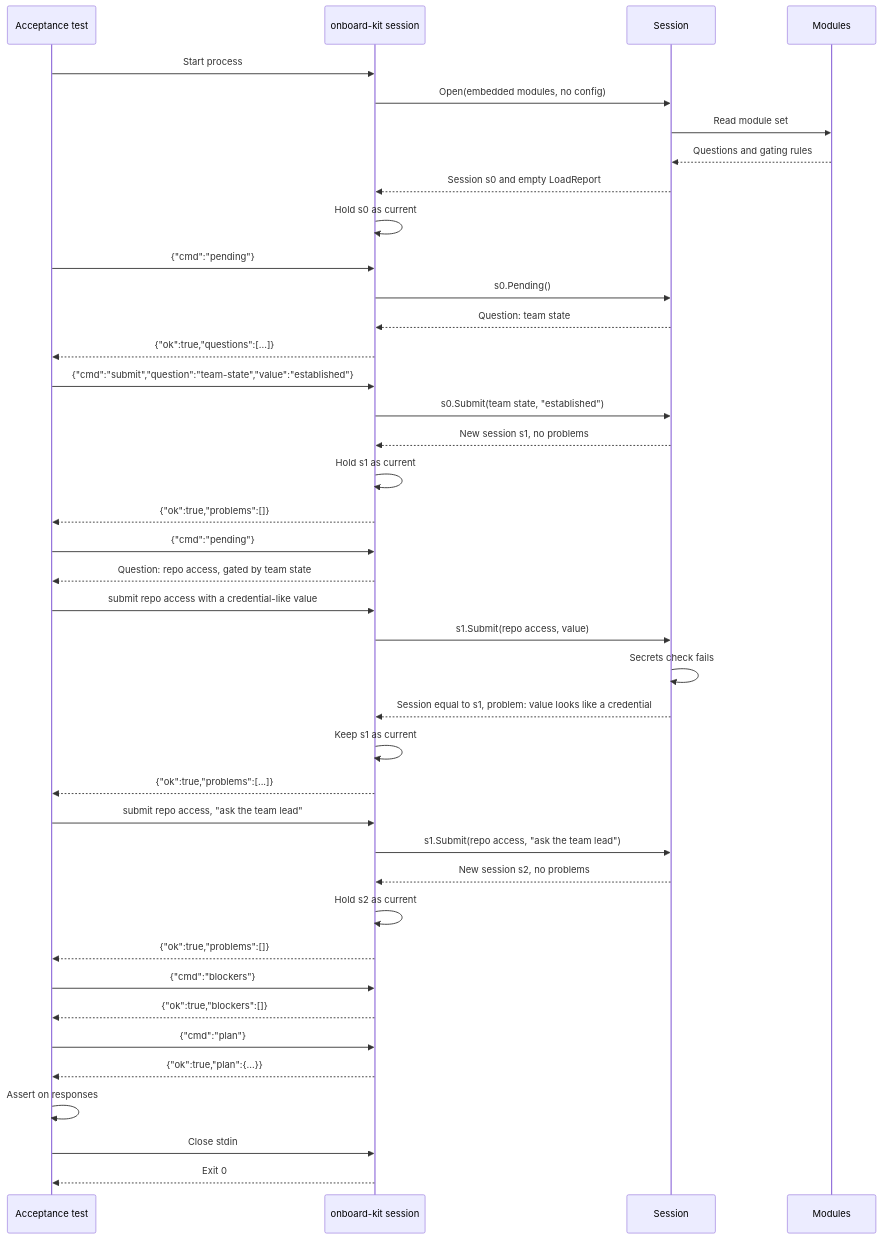
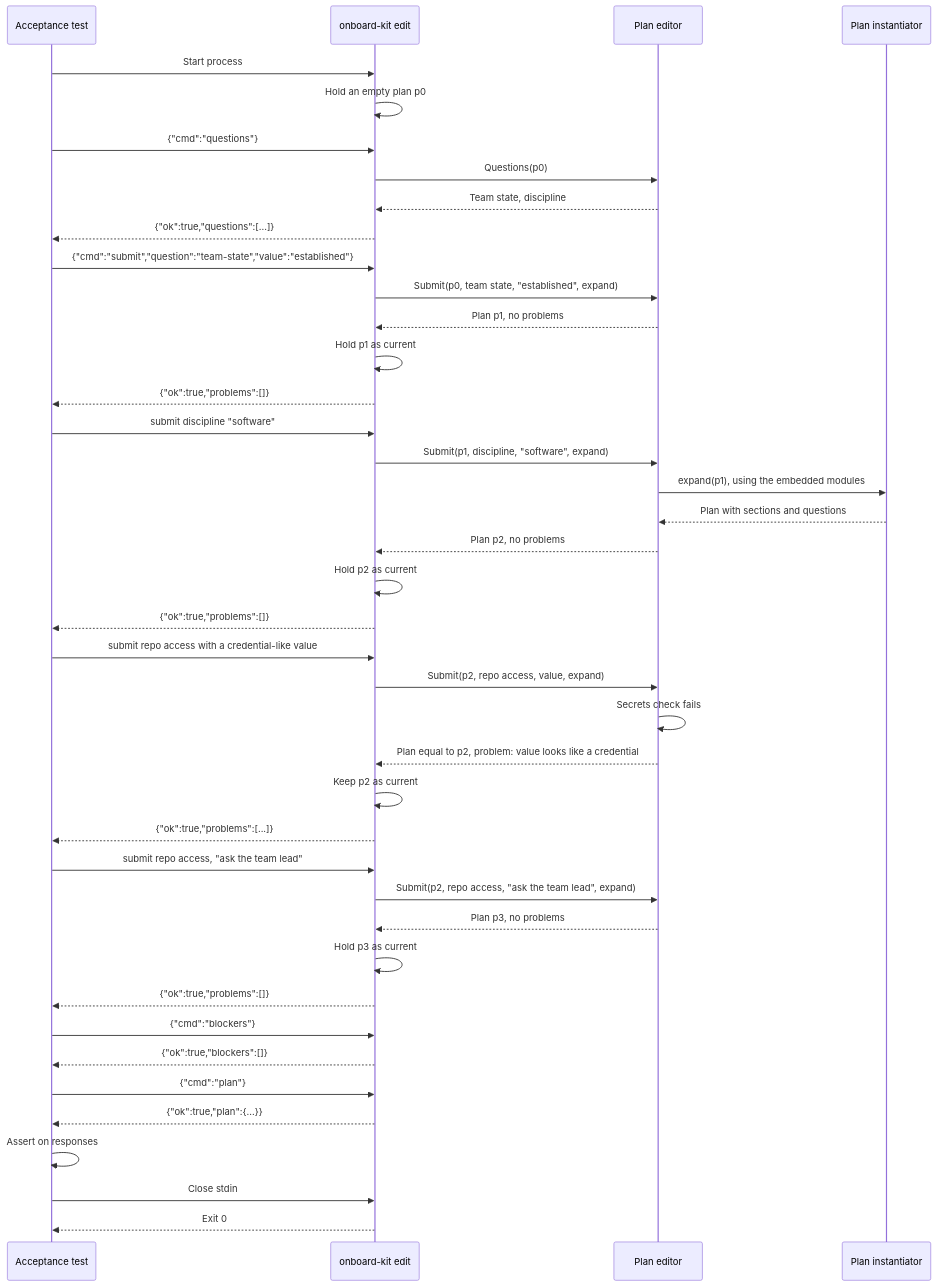
One commit to 8thlight-daveloper/onboard-kit changed the second of 4 diagrams in docs/decisions/0010-plan-editor.md. Above: the diagram before and after it, drawn with Mermaid. The commit also changed other lines of this file, not shown here.

Commit message:
Rewrite the session ADR as a plan editor ADR with plain-function design

````diff
--- a/docs/decisions/0010-plan-editor.md
+++ b/docs/decisions/0010-plan-editor.md
@@ -189,47 +194,49 @@
 ```mermaid
 sequenceDiagram
     participant A as Acceptance test
-    participant P as onboard-kit session
-    participant E as Session
-    participant M as Modules
+    participant P as onboard-kit edit
+    participant E as Plan editor
+    participant I as Plan instantiator
 
     A->>P: Start process
-    P->>E: Open(embedded modules, no config)
-    E->>M: Read module set
-    M-->>E: Questions and gating rules
-    E-->>P: Session s0 and empty LoadReport
-    P->>P: Hold s0 as current
+    P->>P: Hold an empty plan p0
 
-    A->>P: {"cmd":"pending"}
-    P->>E: s0.Pending()
-    E-->>P: Question: team state
+    A->>P: {"cmd":"questions"}
+    P->>E: Questions(p0)
+    E-->>P: Team state, discipline
     P-->>A: {"ok":true,"questions":[...]}
     A->>P: {"cmd":"submit","question":"team-state","value":"established"}
-    P->>E: s0.Submit(team state, "established")
-    E-->>P: New session s1, no problems
-    P->>P: Hold s1 as current
+    P->>E: Submit(p0, team state, "established", expand)
+    E-->>P: Plan p1, no problems
+    P->>P: Hold p1 as current
     P-->>A: {"ok":true,"problems":[]}
 
-    A->>P: {"cmd":"pending"}
-    P-->>A: Question: repo access, gated by team state
+    A->>P: submit discipline "software"
+    P->>E: Submit(p1, discipline, "software", expand)
+    E->>I: expand(p1), using the embedded modules
+    I-->>E: Plan with sections and questions
+    E-->>P: Plan p2, no problems
+    P->>P: Hold p2 as current
+    P-->>A: {"ok":true,"problems":[]}
+
     A->>P: submit repo access with a credential-like value
-    P->>E: s1.Submit(repo access, value)
+    P->>E: Submit(p2, repo access, value, expand)
     E->>E: Secrets check fails
-    E-->>P: Session equal to s1, problem: value looks like a credential
-    P->>P: Keep s1 as current
+    E-->>P: Plan equal to p2, problem: value looks like a credential
+    P->>P: Keep p2 as current
     P-->>A: {"ok":true,"problems":[...]}
 
     A->>P: submit repo access, "ask the team lead"
-    P->>E: s1.Submit(repo access, "ask the team lead")
-    E-->>P: New session s2, no problems
-    P->>P: Hold s2 as current
+    P->>E: Submit(p2, repo access, "ask the team lead", expand)
+    E-->>P: Plan p3, no problems
+    P->>P: Hold p3 as current
     P-->>A: {"ok":true,"problems":[]}
 
     A->>P: {"cmd":"blockers"}
     P-->>A: {"ok":true,"blockers":[]}
     A->>P: {"cmd":"plan"}
     P-->>A: {"ok":true,"plan":{...}}
     A->>A: Assert on responses
     A->>P: Close stdin
     P-->>A: Exit 0
 ```
````
